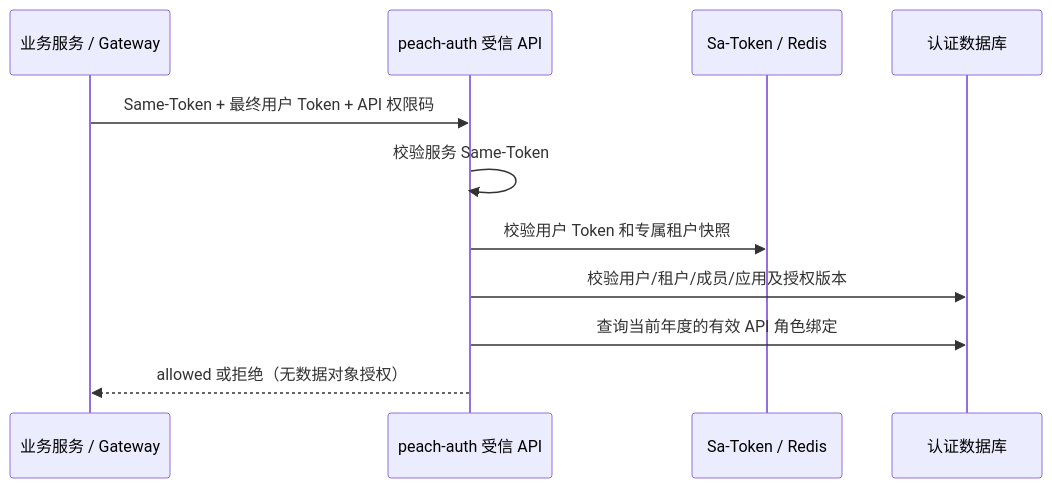
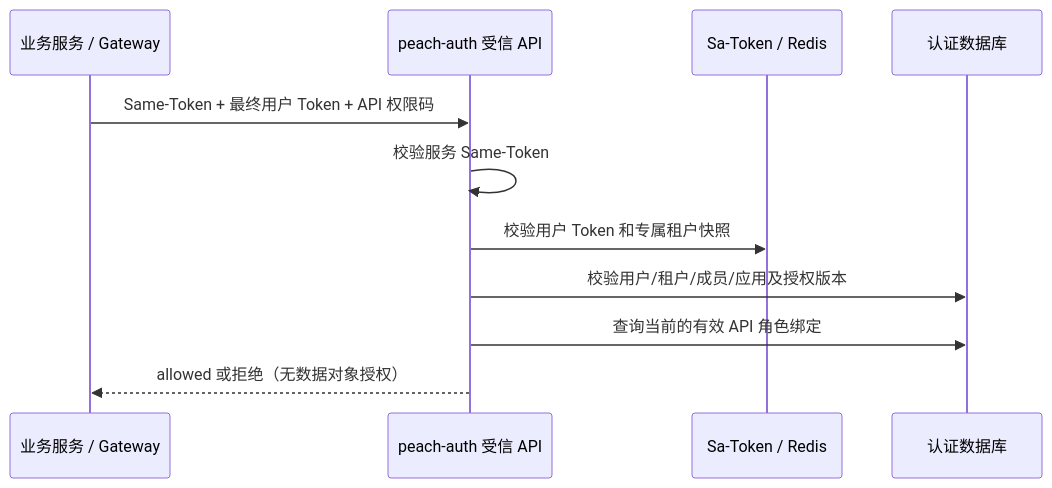
One commit to Ryan-Guizhou/peach-cloud changed the fifth of 5 diagrams in peach-auth/README.md. Above: the diagram before and after it, drawn with Mermaid. The commit also changed other lines of this file and 5 other files, not shown here.

````diff
--- a/peach-auth/README.md
+++ b/peach-auth/README.md
@@ -295,13 +294,13 @@
 ```mermaid
 sequenceDiagram
     participant Consumer as 业务服务 / Gateway
     participant Auth as peach-auth 受信 API
     participant Session as Sa-Token / Redis
     participant DB as 认证数据库
     Consumer->>Auth: Same-Token + 最终用户 Token + API 权限码
     Auth->>Auth: 校验服务 Same-Token
     Auth->>Session: 校验用户 Token 和专属租户快照
     Auth->>DB: 校验用户/租户/成员/应用及授权版本
-    Auth->>DB: 查询当前年度的有效 API 角色绑定
+    Auth->>DB: 查询当前的有效 API 角色绑定
     Auth-->>Consumer: allowed 或拒绝（无数据对象授权）
 ```
````
